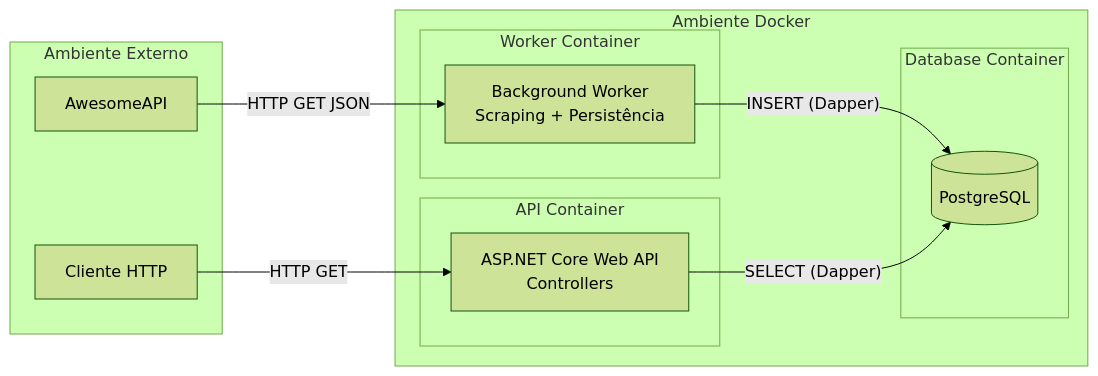
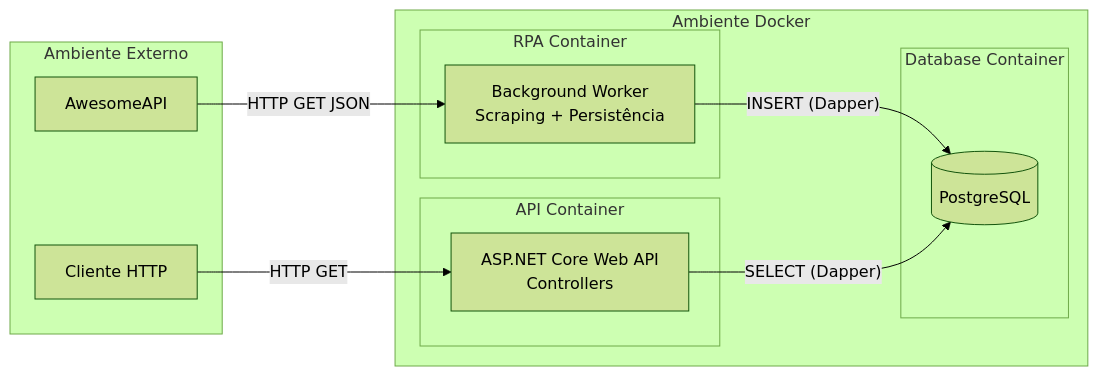
The first of 2 diagrams in README.md (FeJoestar18/Technical-Challenge), drawn with Mermaid (forest theme) before and after one commit. The commit also changed other lines of this file and 7 other files, not shown here.

Commit message:
feat: introduce RPA service with Docker support; refactor worker logic and update README

````diff
--- a/README.md
+++ b/README.md
@@ -71,26 +73,26 @@
 ```mermaid
 flowchart LR
     subgraph Externo [Ambiente Externo]
         API_Ext[AwesomeAPI]
         Client[Cliente HTTP]
     end
 
     subgraph Docker [Ambiente Docker]
-        subgraph WorkerContainer [Worker Container]
+        subgraph WorkerContainer [RPA Container]
             Worker["Background Worker<br>Scraping + Persistência"]
         end
 
         subgraph ApiContainer [API Container]
             WebAPI["ASP.NET Core Web API<br>Controllers"]
         end
 
         subgraph DBContainer [Database Container]
             DB[(PostgreSQL)]
         end
     end
 
     API_Ext -- "HTTP GET JSON" --> Worker
     Worker -- "INSERT (Dapper)" --> DB
     Client -- "HTTP GET" --> WebAPI
     WebAPI -- "SELECT (Dapper)" --> DB
 ```
````
